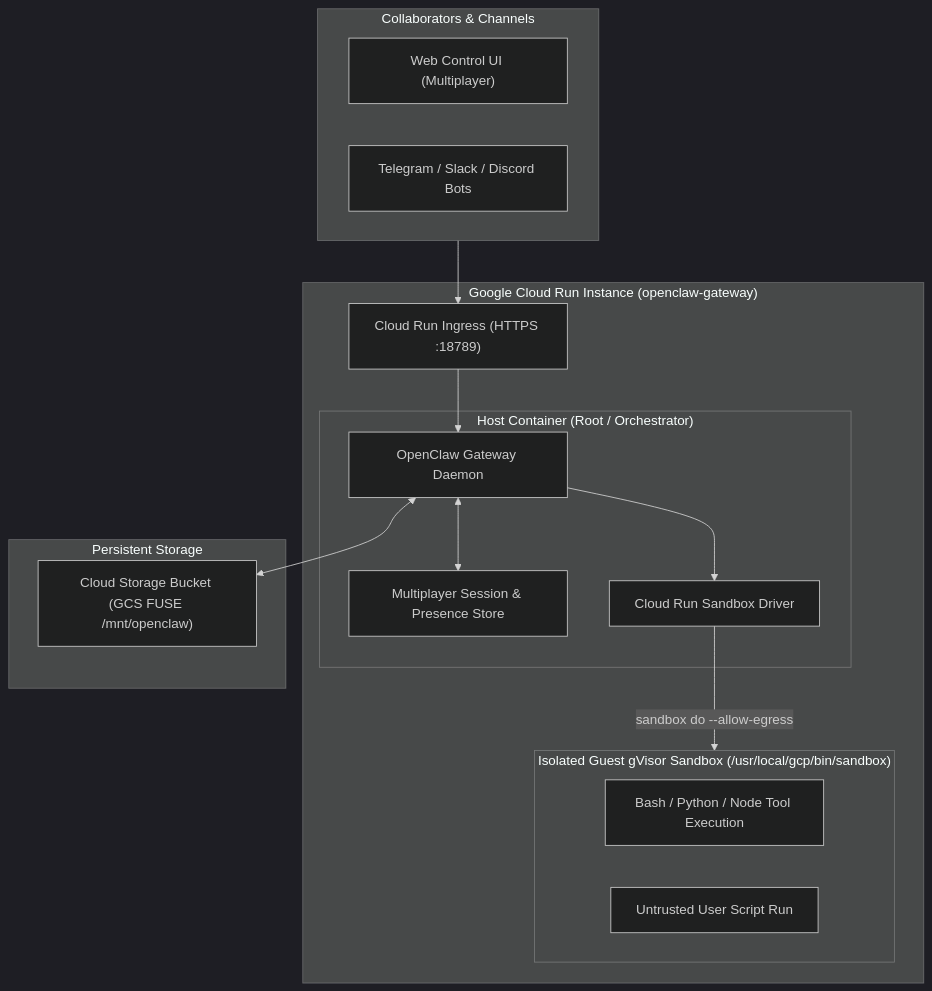
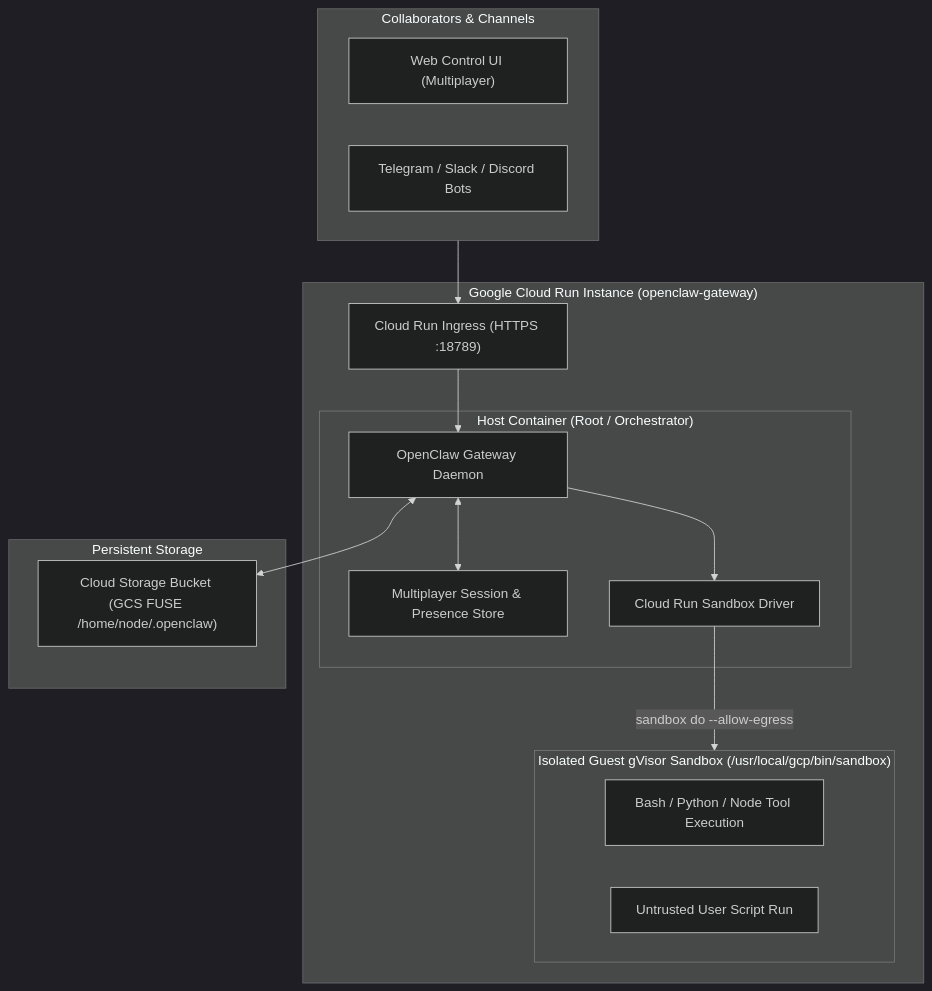
Before and after one commit to ryanpei/rfcs: the diagram in rfcs/0031-cloud-run-hosting-and-sandboxes.md, drawn with Mermaid (dark theme). The commit also changed other lines of this file, not shown here.

Commit message:
docs(rfc): resolve symlinks in validator, scope to single-tenant gateway, clarify image user transition, and mount state volume at /home/node/.openclaw

````diff
--- a/rfcs/0031-cloud-run-hosting-and-sandboxes.md
+++ b/rfcs/0031-cloud-run-hosting-and-sandboxes.md
@@ -61,33 +80,33 @@
 ```mermaid
 flowchart TD
     subgraph Clients ["Collaborators & Channels"]
         WebUI["Web Control UI (Multiplayer)"]
         ChatBots["Telegram / Slack / Discord Bots"]
     end
 
     subgraph CloudRun ["Google Cloud Run Instance (openclaw-gateway)"]
         Ingress["Cloud Run Ingress (HTTPS :18789)"]
         
         subgraph HostContainer ["Host Container (Root / Orchestrator)"]
             Gateway["OpenClaw Gateway Daemon"]
             Multiplayer["Multiplayer Session & Presence Store"]
             SBXDriver["Cloud Run Sandbox Driver"]
         end
 
         subgraph GuestSandbox ["Isolated Guest gVisor Sandbox (/usr/local/gcp/bin/sandbox)"]
             AgentTools["Bash / Python / Node Tool Execution"]
             UserCode["Untrusted User Script Run"]
         end
     end
 
     subgraph Storage ["Persistent Storage"]
-        GCS["Cloud Storage Bucket (GCS FUSE /mnt/openclaw)"]
+        GCS["Cloud Storage Bucket (GCS FUSE /home/node/.openclaw)"]
     end
 
     Clients --> Ingress
     Ingress --> Gateway
     Gateway <--> Multiplayer
     Gateway --> SBXDriver
     SBXDriver -- "sandbox do --allow-egress" --> GuestSandbox
     Gateway <--> GCS
 ```
````
